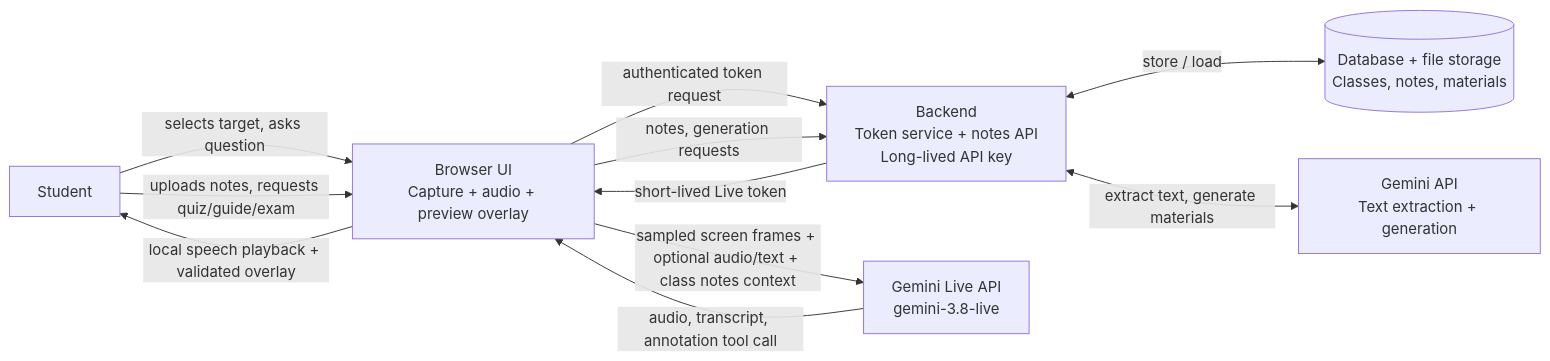
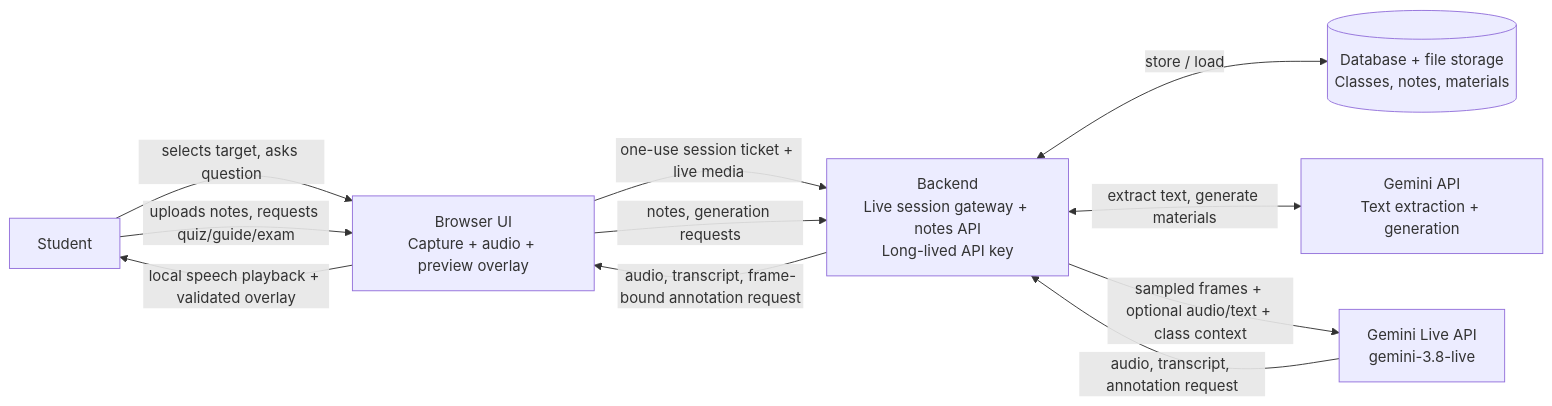
Before and after one commit to allenz2423/hackruf26: the diagram in docs/design.md, drawn with Mermaid. The commit also changed other lines of this file and 39 other files, not shown here.

Commit message:
feat: move live sessions to backend and remove Supabase

````diff
--- a/docs/design.md
+++ b/docs/design.md
@@ -112,20 +113,20 @@
 ```mermaid
 flowchart LR
     U[Student]
     C[Browser UI\nCapture + audio + preview overlay]
-    T[Backend\nToken service + notes API\nLong-lived API key]
+    T[Backend\nLive session gateway + notes API\nLong-lived API key]
     D[(Database + file storage\nClasses, notes, materials)]
     G[Gemini Live API\ngemini-3.8-live]
     M[Gemini API\nText extraction + generation]
 
     U -->|selects target, asks question| C
     U -->|uploads notes, requests quiz/guide/exam| C
-    C -->|authenticated token request| T
-    T -->|short-lived Live token| C
+    C -->|one-use session ticket + live media| T
     C -->|notes, generation requests| T
     T <-->|store / load| D
     T <-->|extract text, generate materials| M
-    C -->|sampled screen frames + optional audio/text + class notes context| G
-    G -->|audio, transcript, annotation tool call| C
+    T -->|sampled frames + optional audio/text + class context| G
+    G -->|audio, transcript, annotation request| T
+    T -->|audio, transcript, frame-bound annotation request| C
     C -->|local speech playback + validated overlay| U
 ```
````
